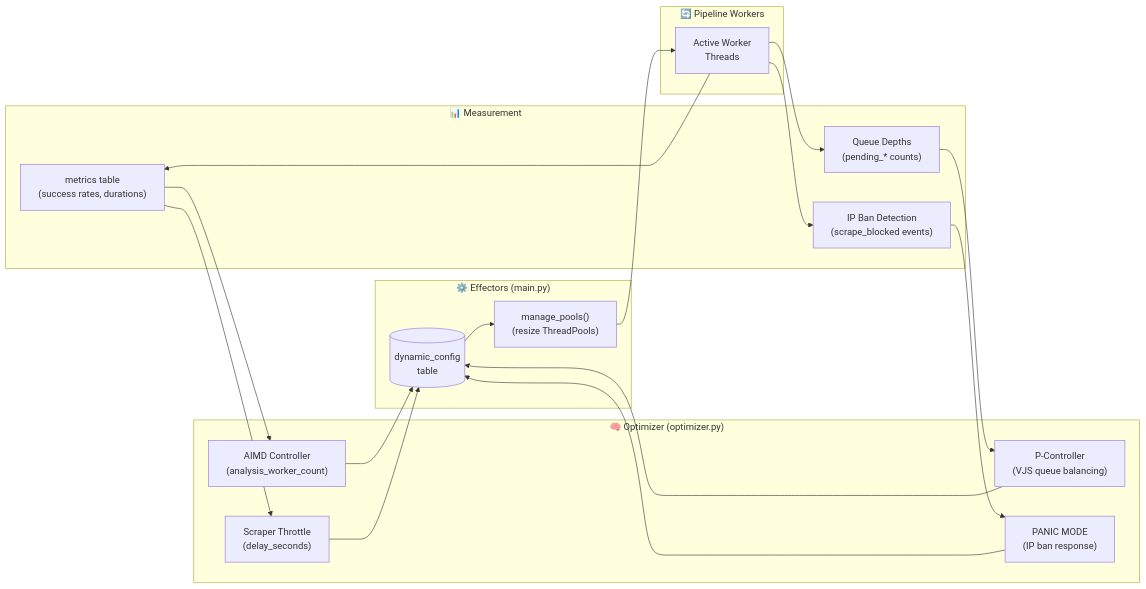
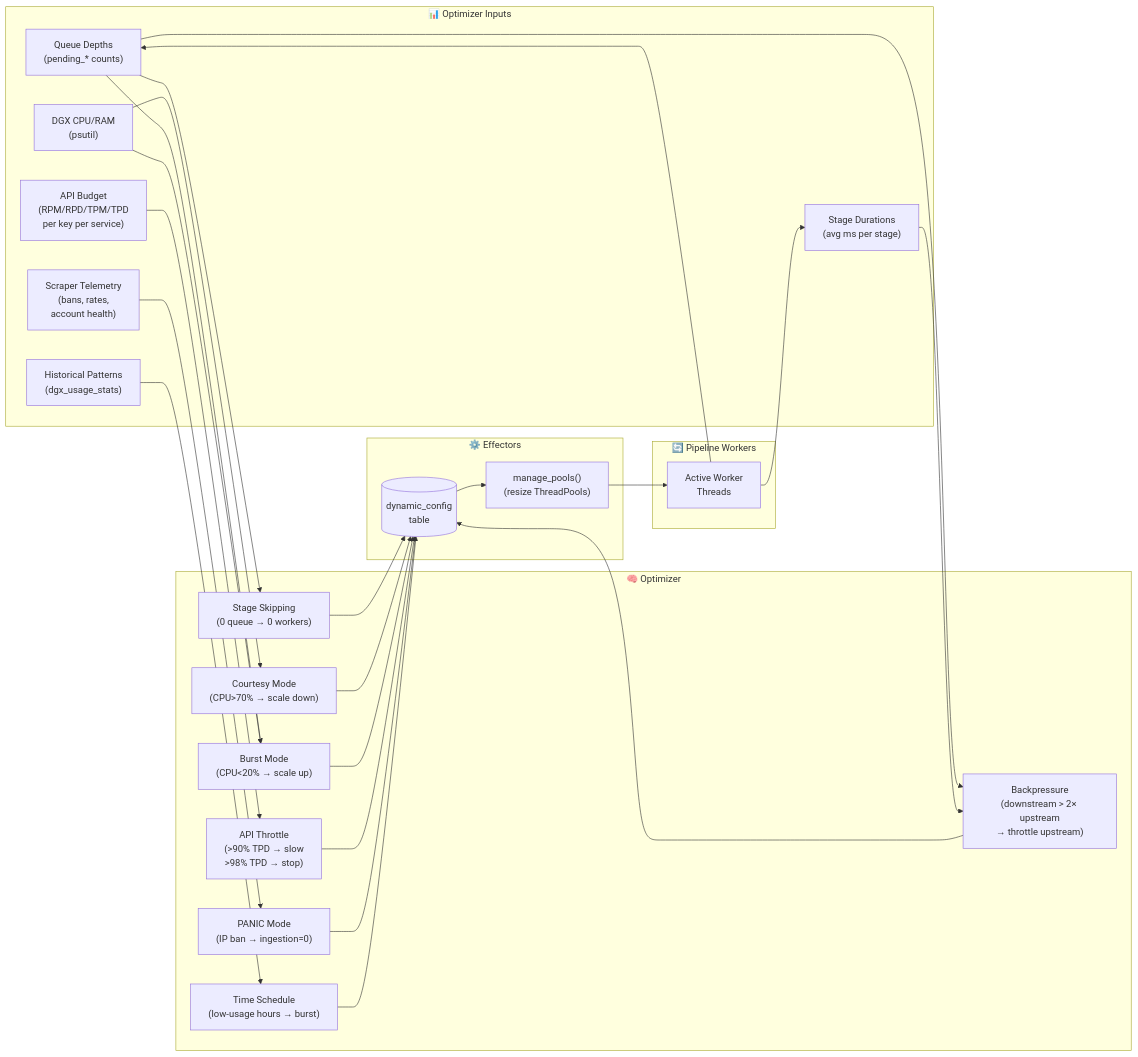
Before and after one commit to Axe-08/Synapse: the second of 3 diagrams in Documents/Diagrams/Mermaid/06_Architecture.md, drawn with Mermaid. The commit also changed other lines of this file and 17 other files, not shown here.

First line of the commit message:
docs: v2 architecture — SRS v2, TestPlan, diagrams, Architecture overview

````diff
--- a/Documents/Diagrams/Mermaid/06_Architecture.md
+++ b/Documents/Diagrams/Mermaid/06_Architecture.md
@@ -120,40 +121,44 @@
 ```mermaid
 graph LR
-    subgraph MEASUREMENTS["📊 Measurement"]
-        MET["metrics table\n(success rates, durations)"]
+    subgraph INPUTS["📊 Optimizer Inputs"]
         QUEUES["Queue Depths\n(pending_* counts)"]
-        BAN["IP Ban Detection\n(scrape_blocked events)"]
+        CPU["DGX CPU/RAM\n(psutil)"]
+        API_BUDGET["API Budget\n(RPM/RPD/TPM/TPD\nper key per service)"]
+        SCRAPER_TEL["Scraper Telemetry\n(bans, rates,\naccount health)"]
+        STAGE_DUR["Stage Durations\n(avg ms per stage)"]
+        HISTORY["Historical Patterns\n(dgx_usage_stats)"]
     end
 
-    subgraph OPTIMIZER["🧠 Optimizer (optimizer.py)"]
-        AIMD_C["AIMD Controller\n(analysis_worker_count)"]
-        P_CTRL["P-Controller\n(VJS queue balancing)"]
-        PANIC["PANIC MODE\n(IP ban response)"]
-        THROTTLE["Scraper Throttle\n(delay_seconds)"]
+    subgraph OPTIMIZER["🧠 Optimizer"]
+        SKIP["Stage Skipping\n(0 queue → 0 workers)"]
+        COURTESY["Courtesy Mode\n(CPU>70% → scale down)"]
+        BURST["Burst Mode\n(CPU<20% → scale up)"]
+        BACKPRESSURE["Backpressure\n(downstream > 2× upstream\n→ throttle upstream)"]
+        API_THROTTLE["API Throttle\n(>90% TPD → slow\n>98% TPD → stop)"]
+        PANIC["PANIC Mode\n(IP ban → ingestion=0)"]
+        SCHEDULE["Time Schedule\n(low-usage hours → burst)"]
     end
 
-    subgraph EFFECTORS["⚙️ Effectors (main.py)"]
+    subgraph EFFECTORS["⚙️ Effectors"]
         DYN_CFG[("dynamic_config\ntable")]
         POOL_MGR["manage_pools()\n(resize ThreadPools)"]
     end
 
     subgraph PIPELINE["🔄 Pipeline Workers"]
         WORKERS["Active Worker\nThreads"]
     end
 
-    WORKERS --> MET
-    WORKERS --> QUEUES
-    WORKERS --> BAN
+    QUEUES --> SKIP & BACKPRESSURE & BURST
+    CPU --> COURTESY & BURST
+    API_BUDGET --> API_THROTTLE
+    SCRAPER_TEL --> PANIC
+    STAGE_DUR --> BACKPRESSURE
+    HISTORY --> SCHEDULE
 
-    MET --> AIMD_C & THROTTLE
-    QUEUES --> P_CTRL
-    BAN --> PANIC
-
-    AIMD_C --> DYN_CFG
-    P_CTRL --> DYN_CFG
-    PANIC --> DYN_CFG
-    THROTTLE --> DYN_CFG
+    SKIP & COURTESY & BURST & BACKPRESSURE --> DYN_CFG
+    API_THROTTLE & PANIC & SCHEDULE --> DYN_CFG
 
     DYN_CFG --> POOL_MGR
     POOL_MGR --> WORKERS
+    WORKERS --> QUEUES & STAGE_DUR
 ```
````
